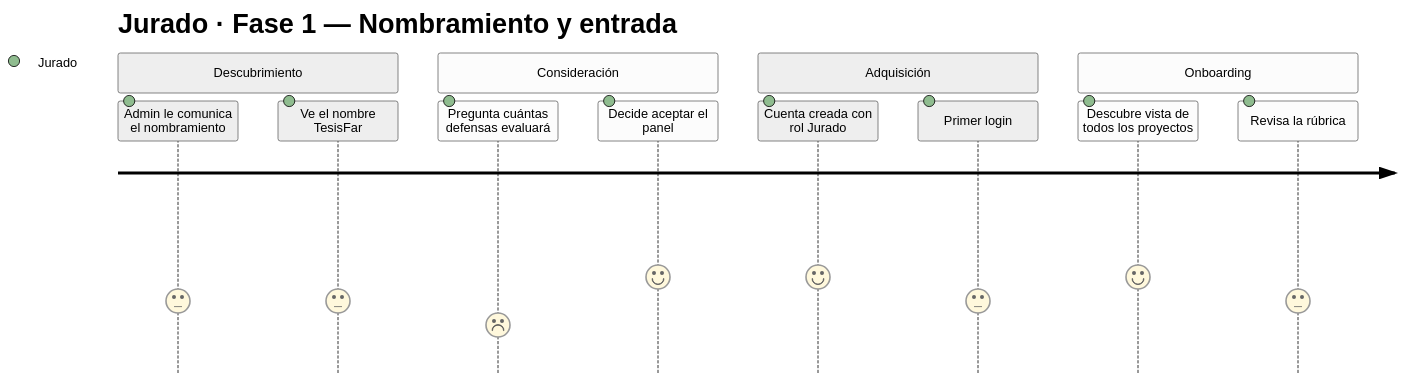
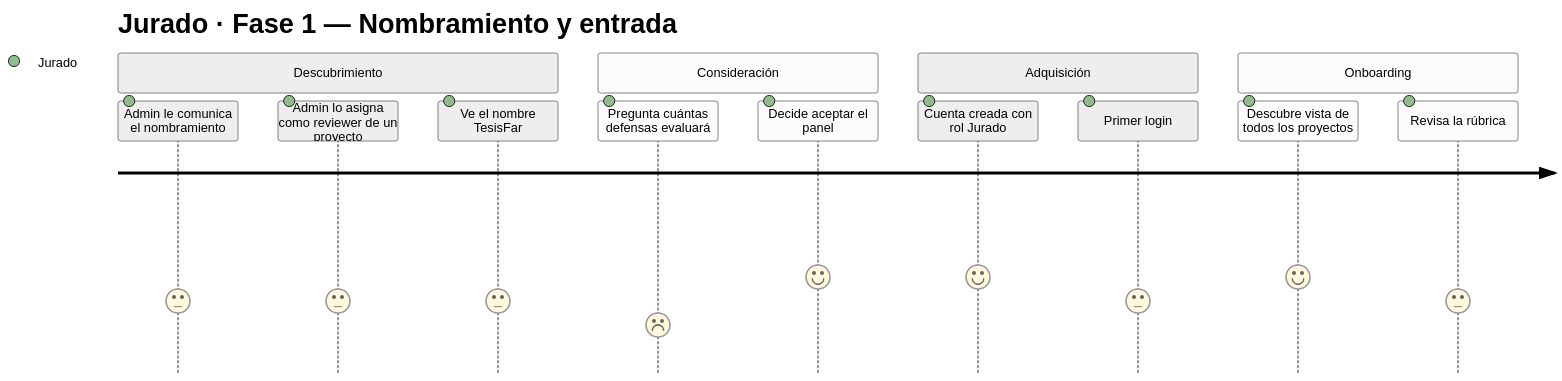
The fifth of 12 diagrams in docs/customer-journeys.md (Aoshi346/teg-web-app), drawn with Mermaid (neutral theme) before and after one commit. The commit also changed other lines of this file, not shown here.

Commit message:
docs: update customer journeys for reviewer assignment + state machine
Jurado journey: adds the 'asignado como reviewer por admin' beat (Sub-A).
Estudiante journey: adds the 've avance por estados' beat (Sub-B).

Other docs/ prose and PUML diagrams (database-schema.md, flows.md,
use-cases/*.puml, mindmaps/*.md, use-cases.md, regenerated SVGs) are
updated on disk but excluded by .gitignore — sync locally to your
Google Doc source of truth.

````diff
--- a/docs/customer-journeys.md
+++ b/docs/customer-journeys.md
@@ -113,16 +114,17 @@
 ```mermaid
 journey
     title Jurado · Fase 1 — Nombramiento y entrada
     section Descubrimiento
       Admin le comunica el nombramiento: 3: Jurado
+      Admin lo asigna como reviewer de un proyecto: 3: Jurado
       Ve el nombre TesisFar: 3: Jurado
     section Consideración
       Pregunta cuántas defensas evaluará: 2: Jurado
       Decide aceptar el panel: 4: Jurado
     section Adquisición
       Cuenta creada con rol Jurado: 4: Jurado
       Primer login: 3: Jurado
     section Onboarding
       Descubre vista de todos los proyectos: 4: Jurado
       Revisa la rúbrica: 3: Jurado
 ```
````
